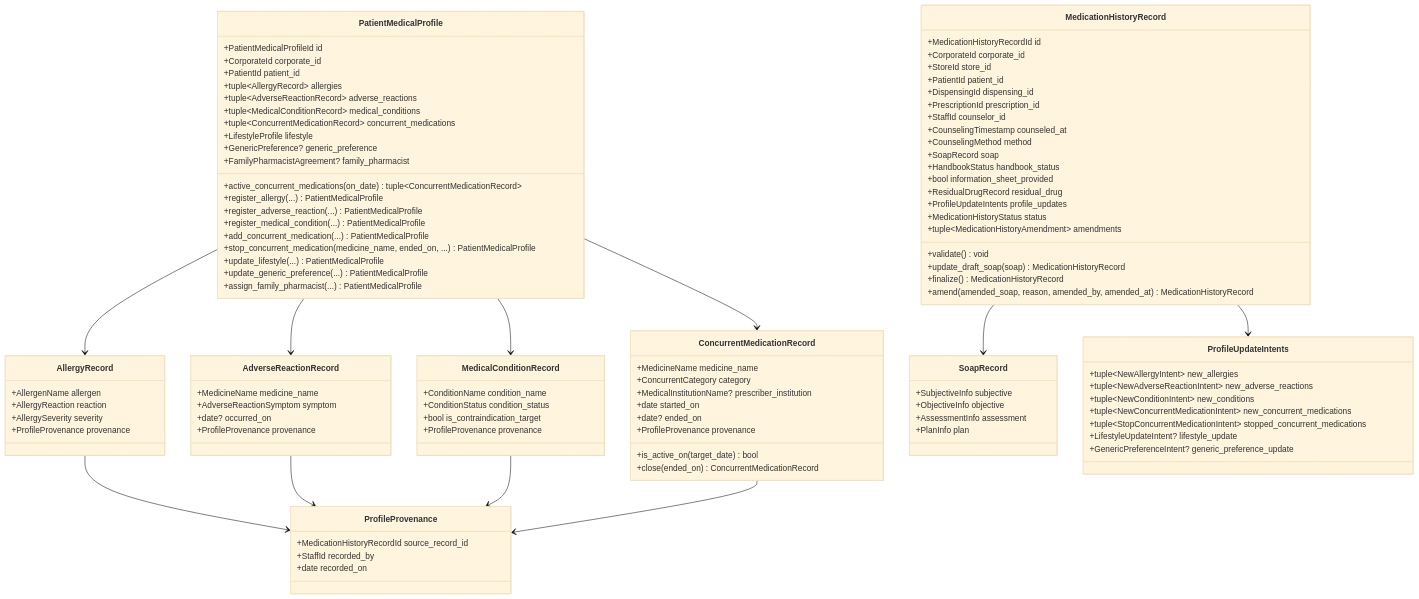
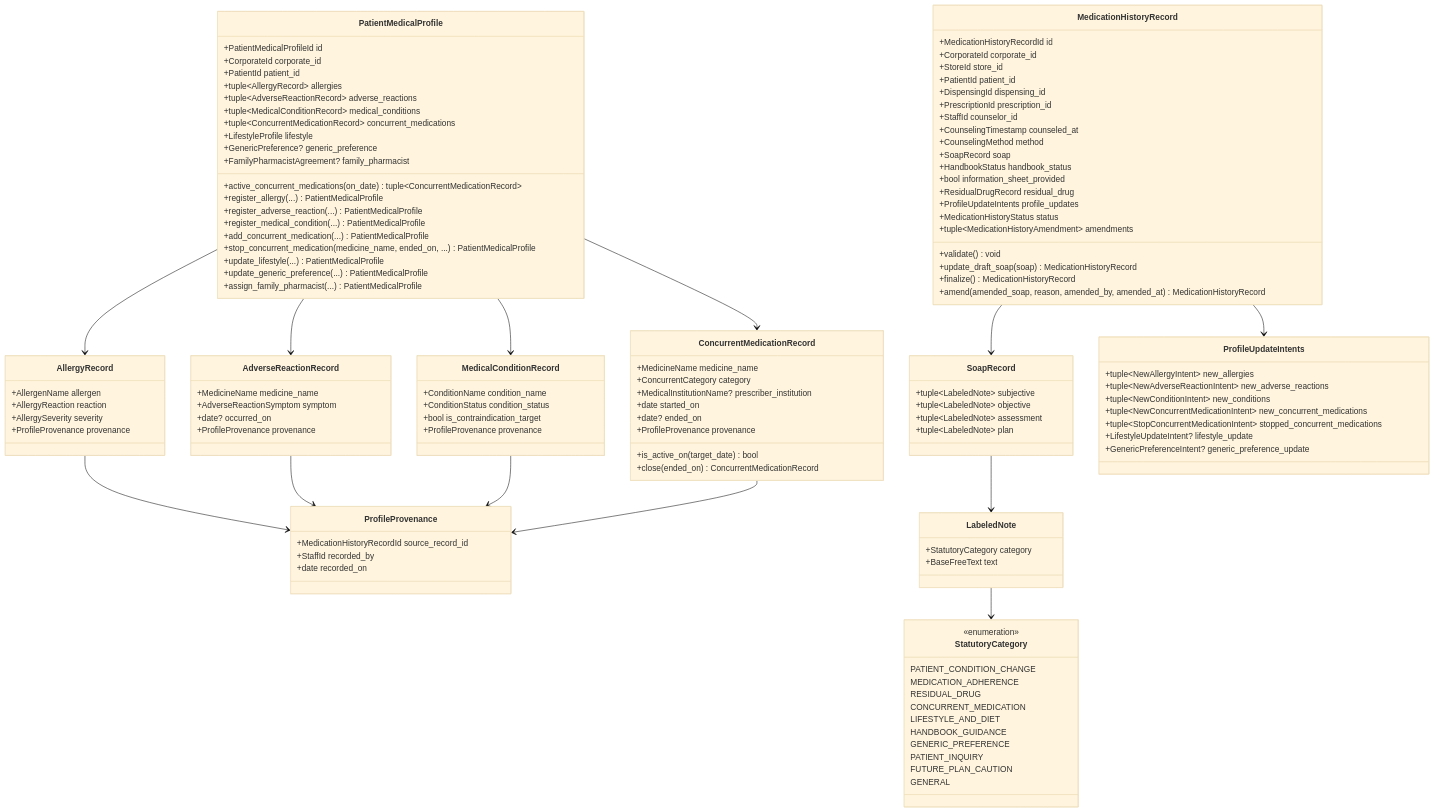
One commit to SatohaCC/PharmacyDomain changed the third of 4 diagrams in okf/ddd/medication_history.md. Above: the diagram before and after it, drawn with Mermaid (base theme). The commit also changed other lines of this file and 1 other file, not shown here.

Commit message:
docs(okf): 薬歴SOAP記録における法定ラベル付きテキスト（LabeledNote）仕様の追加

````diff
--- a/okf/ddd/medication_history.md
+++ b/okf/ddd/medication_history.md
@@ -221,10 +221,29 @@
     }
 
     class SoapRecord {
-        +SubjectiveInfo subjective
-        +ObjectiveInfo objective
-        +AssessmentInfo assessment
-        +PlanInfo plan
+        +tuple~LabeledNote~ subjective
+        +tuple~LabeledNote~ objective
+        +tuple~LabeledNote~ assessment
+        +tuple~LabeledNote~ plan
+    }
+
+    class LabeledNote {
+        +StatutoryCategory category
+        +BaseFreeText text
+    }
+
+    class StatutoryCategory {
+        <<enumeration>>
+        PATIENT_CONDITION_CHANGE
+        MEDICATION_ADHERENCE
+        RESIDUAL_DRUG
+        CONCURRENT_MEDICATION
+        LIFESTYLE_AND_DIET
+        HANDBOOK_GUIDANCE
+        GENERIC_PREFERENCE
+        PATIENT_INQUIRY
+        FUTURE_PLAN_CAUTION
+        GENERAL
     }
 
     class ProfileUpdateIntents {
@@ -247,4 +266,6 @@
     ConcurrentMedicationRecord --> ProfileProvenance
     MedicationHistoryRecord --> SoapRecord
     MedicationHistoryRecord --> ProfileUpdateIntents
+    SoapRecord --> LabeledNote
+    LabeledNote --> StatutoryCategory
 ```
````
